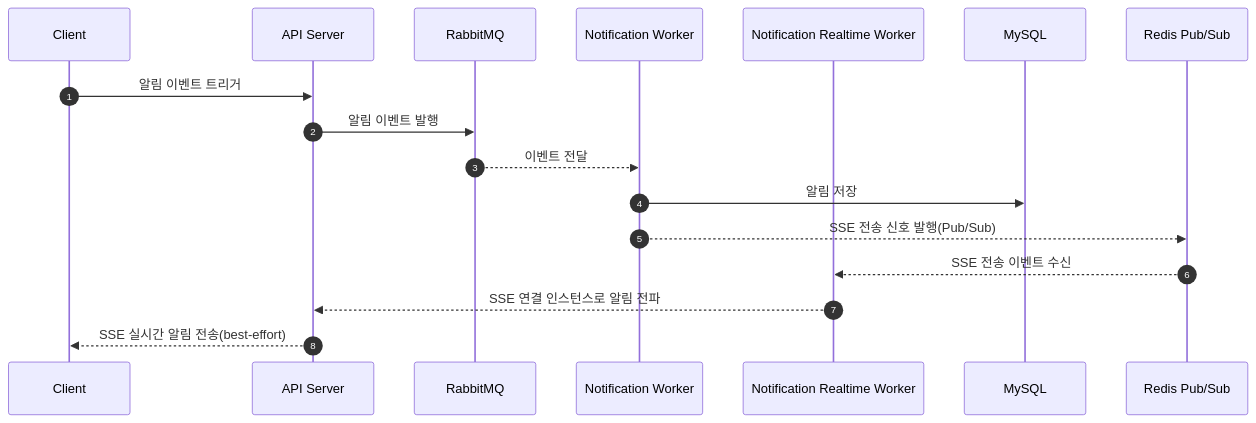
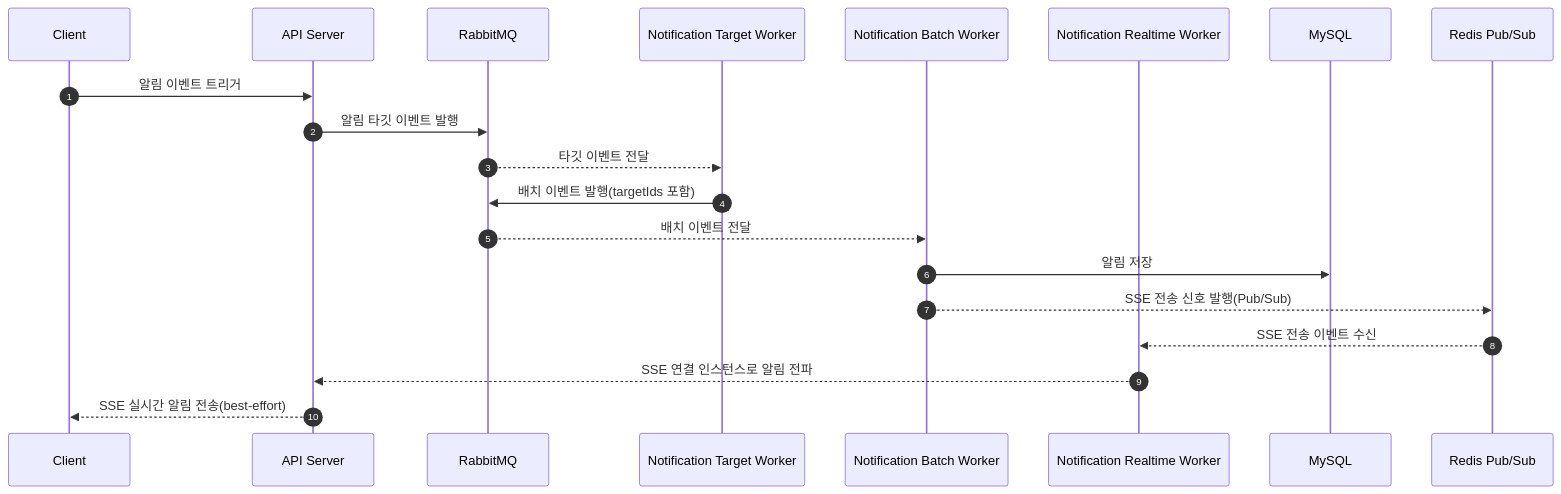
One commit to 100-hours-a-week/16-team-katopia-be changed the first of 4 diagrams in docs/domain-tech-spec/ASYNC_TECH_SPEC.md. Above: the diagram before and after it, drawn with Mermaid. The commit also changed other lines of this file and 10 other files, not shown here.

````diff
--- a/docs/domain-tech-spec/ASYNC_TECH_SPEC.md
+++ b/docs/domain-tech-spec/ASYNC_TECH_SPEC.md
@@ -82,20 +108,23 @@
 ```mermaid
 sequenceDiagram
   autonumber
   participant Client as Client
   participant API as API Server
   participant MQ as RabbitMQ
-  participant Worker as Notification Worker
+  participant MetaWorker as Notification Target Worker
+  participant BatchWorker as Notification Batch Worker
   participant Realtime as Notification Realtime Worker
   participant DB as MySQL
   participant Redis as Redis Pub/Sub
 
   Client->>API: 알림 이벤트 트리거
-  API->>MQ: 알림 이벤트 발행
-  MQ-->>Worker: 이벤트 전달
-  Worker->>DB: 알림 저장
-  Worker-->>Redis: SSE 전송 신호 발행(Pub/Sub)
+  API->>MQ: 알림 타깃 이벤트 발행
+  MQ-->>MetaWorker: 타깃 이벤트 전달
+  MetaWorker->>MQ: 배치 이벤트 발행(targetIds 포함)
+  MQ-->>BatchWorker: 배치 이벤트 전달
+  BatchWorker->>DB: 알림 저장
+  BatchWorker-->>Redis: SSE 전송 신호 발행(Pub/Sub)
   Redis-->>Realtime: SSE 전송 이벤트 수신
   Realtime-->>API: SSE 연결 인스턴스로 알림 전파
   API-->>Client: SSE 실시간 알림 전송(best-effort)
 ```
````
